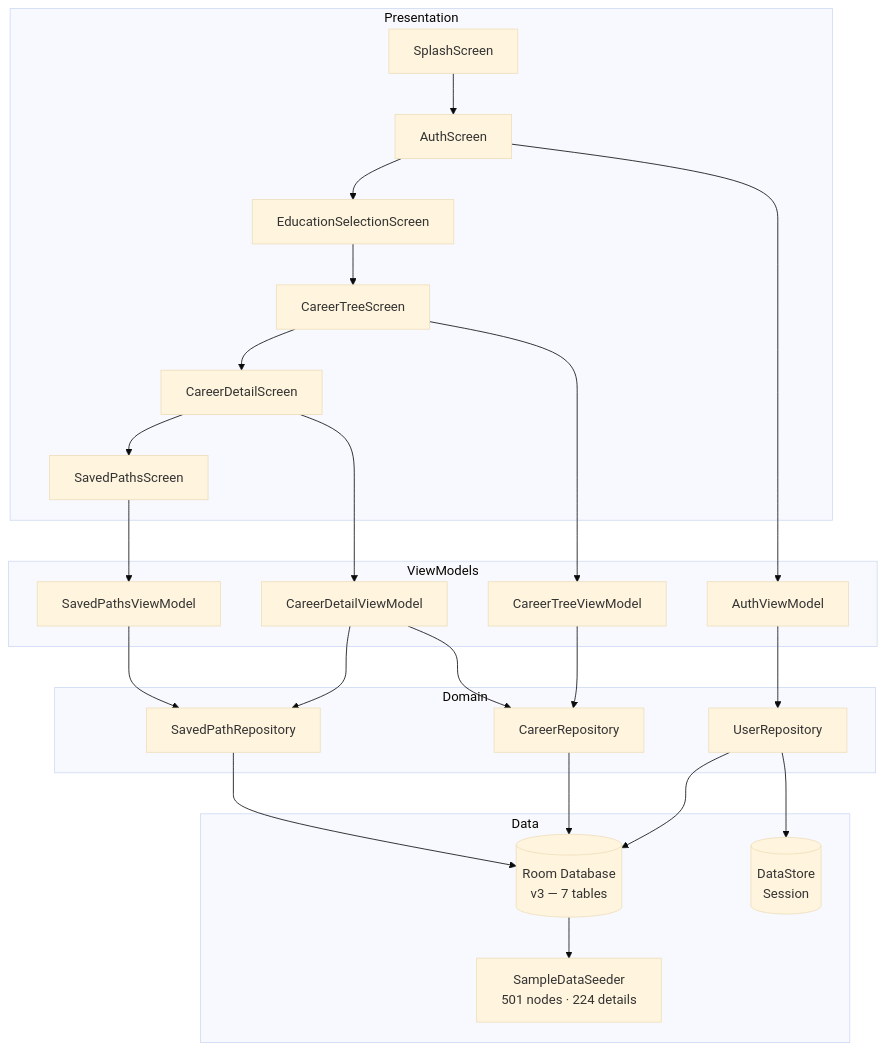
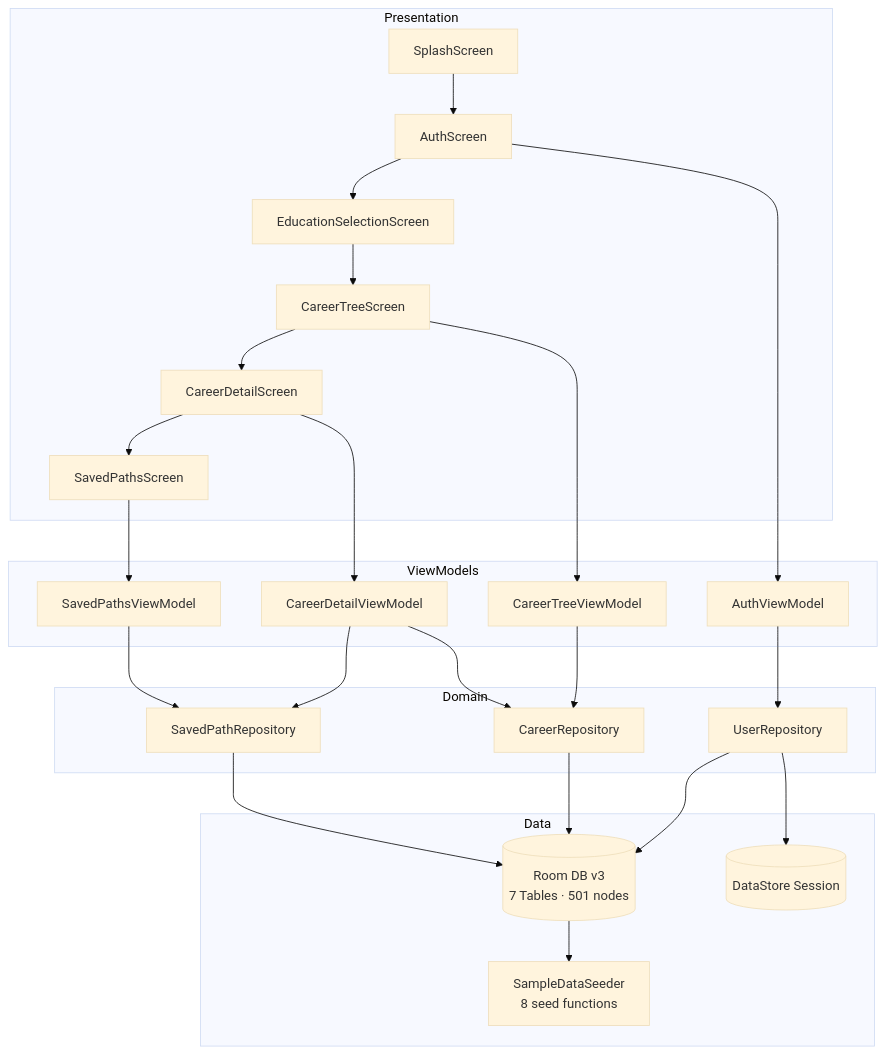
The diagram in README.md (chanduu190307/FutureGuider), drawn with Mermaid (base theme) before and after one commit. The commit also changed other lines of this file, not shown here.

````diff
--- a/README.md
+++ b/README.md
@@ -188,46 +203,40 @@
 ```mermaid
 graph TD
     subgraph Presentation
         A[SplashScreen] --> B[AuthScreen]
         B --> C[EducationSelectionScreen]
         C --> D[CareerTreeScreen]
         D --> E[CareerDetailScreen]
         E --> F[SavedPathsScreen]
     end
-
     subgraph ViewModels
         VM1[AuthViewModel]
         VM2[CareerTreeViewModel]
         VM3[CareerDetailViewModel]
         VM4[SavedPathsViewModel]
     end
-
     subgraph Domain
         R1[UserRepository]
         R2[CareerRepository]
         R3[SavedPathRepository]
     end
-
     subgraph Data
-        DB[(Room Database\nv3 — 7 tables)]
-        DS[(DataStore\nSession)]
-        SEED[SampleDataSeeder\n501 nodes · 224 details]
+        DB[(Room DB v3\n7 Tables · 501 nodes)]
+        DS[(DataStore Session)]
+        SEED[SampleDataSeeder\n8 seed functions]
     end
-
     B --> VM1
     D --> VM2
     E --> VM3
     F --> VM4
-
     VM1 --> R1
     VM2 --> R2
     VM3 --> R2
     VM3 --> R3
     VM4 --> R3
-
     R1 --> DB
     R1 --> DS
     R2 --> DB
     R3 --> DB
     DB --> SEED
 ```
````
